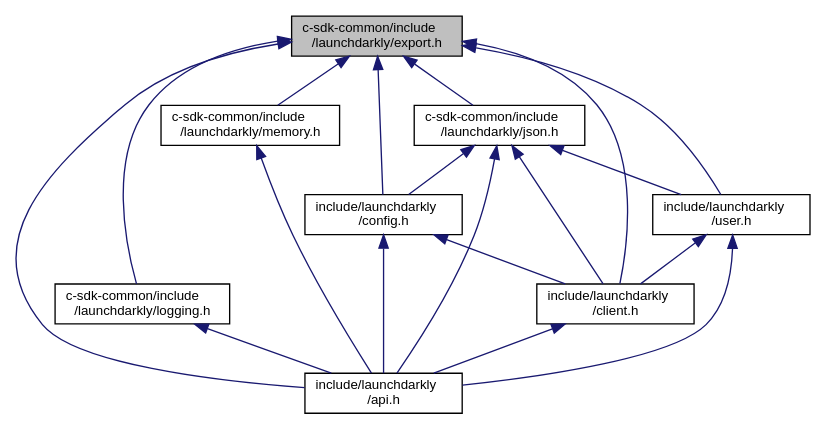
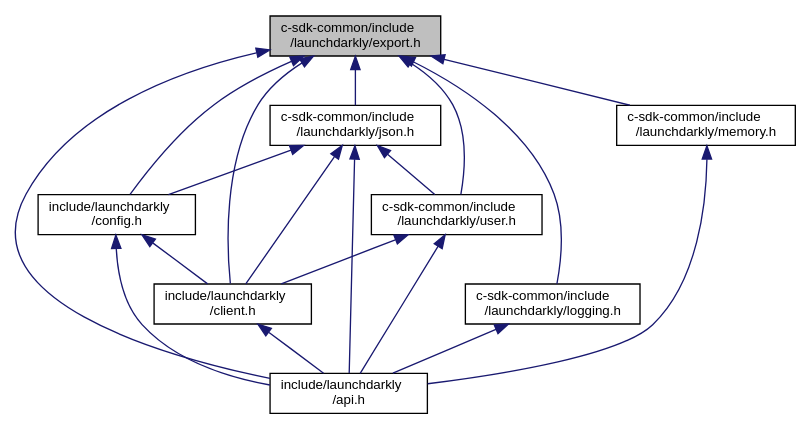
Before and after one commit to launchdarkly/c-client-sdk: the diagram in export_8h__dep__incl.dot, drawn with Graphviz. The commit also changed 59 other files, not shown here.

```diff
--- a/export_8h__dep__incl.dot
+++ b/export_8h__dep__incl.dot
@@ -1,31 +1,31 @@
 digraph "c-sdk-common/include/launchdarkly/export.h"
 {
   edge [fontname="Helvetica",fontsize="10",labelfontname="Helvetica",labelfontsize="10"];
   node [fontname="Helvetica",fontsize="10",shape=record];
   Node1 [label="c-sdk-common/include\l/launchdarkly/export.h",height=0.2,width=0.4,color="black", fillcolor="grey75", style="filled", fontcolor="black"];
   Node1 -> Node2 [dir="back",color="midnightblue",fontsize="10",style="solid",fontname="Helvetica"];
-  Node2 [label="include/launchdarkly\l/api.h",height=0.2,width=0.4,color="black", fillcolor="white", style="filled",URL="$api_8h.html",tooltip="Public API. Include this for every public operation. "];
-  Node1 -> Node3 [dir="back",color="midnightblue",fontsize="10",style="solid",fontname="Helvetica"];
-  Node3 [label="c-sdk-common/include\l/launchdarkly/logging.h",height=0.2,width=0.4,color="black", fillcolor="white", style="filled",URL="$logging_8h.html",tooltip="Public API Interface for Logging. "];
-  Node3 -> Node2 [dir="back",color="midnightblue",fontsize="10",style="solid",fontname="Helvetica"];
-  Node1 -> Node4 [dir="back",color="midnightblue",fontsize="10",style="solid",fontname="Helvetica"];
-  Node4 [label="c-sdk-common/include\l/launchdarkly/memory.h",height=0.2,width=0.4,color="black", fillcolor="white", style="filled",URL="$memory_8h.html",tooltip="Public API. Operations for managing memory. "];
-  Node4 -> Node2 [dir="back",color="midnightblue",fontsize="10",style="solid",fontname="Helvetica"];
+  Node2 [label="include/launchdarkly\l/config.h",height=0.2,width=0.4,color="black", fillcolor="white", style="filled",URL="$config_8h.html",tooltip="Public API Interface for Configuration. "];
+  Node2 -> Node3 [dir="back",color="midnightblue",fontsize="10",style="solid",fontname="Helvetica"];
+  Node3 [label="include/launchdarkly\l/client.h",height=0.2,width=0.4,color="black", fillcolor="white", style="filled",URL="$client_8h.html",tooltip="Public Client control and variations. "];
+  Node3 -> Node4 [dir="back",color="midnightblue",fontsize="10",style="solid",fontname="Helvetica"];
+  Node4 [label="include/launchdarkly\l/api.h",height=0.2,width=0.4,color="black", fillcolor="white", style="filled",URL="$api_8h.html",tooltip="Public API. Include this for every public operation. "];
+  Node2 -> Node4 [dir="back",color="midnightblue",fontsize="10",style="solid",fontname="Helvetica"];
   Node1 -> Node5 [dir="back",color="midnightblue",fontsize="10",style="solid",fontname="Helvetica"];
   Node5 [label="c-sdk-common/include\l/launchdarkly/json.h",height=0.2,width=0.4,color="black", fillcolor="white", style="filled",URL="$json_8h.html",tooltip="Public API Interface for JSON usage. "];
   Node5 -> Node2 [dir="back",color="midnightblue",fontsize="10",style="solid",fontname="Helvetica"];
+  Node5 -> Node3 [dir="back",color="midnightblue",fontsize="10",style="solid",fontname="Helvetica"];
   Node5 -> Node6 [dir="back",color="midnightblue",fontsize="10",style="solid",fontname="Helvetica"];
-  Node6 [label="include/launchdarkly\l/config.h",height=0.2,width=0.4,color="black", fillcolor="white", style="filled",URL="$config_8h.html",tooltip="Public API Interface for Configuration. "];
-  Node6 -> Node2 [dir="back",color="midnightblue",fontsize="10",style="solid",fontname="Helvetica"];
-  Node6 -> Node7 [dir="back",color="midnightblue",fontsize="10",style="solid",fontname="Helvetica"];
-  Node7 [label="include/launchdarkly\l/client.h",height=0.2,width=0.4,color="black", fillcolor="white", style="filled",URL="$client_8h.html",tooltip="Public Client control and variations. "];
-  Node7 -> Node2 [dir="back",color="midnightblue",fontsize="10",style="solid",fontname="Helvetica"];
-  Node5 -> Node8 [dir="back",color="midnightblue",fontsize="10",style="solid",fontname="Helvetica"];
-  Node8 [label="include/launchdarkly\l/user.h",height=0.2,width=0.4,color="black", fillcolor="white", style="filled",URL="$user_8h.html",tooltip="Public API Interface for User construction. "];
-  Node8 -> Node2 [dir="back",color="midnightblue",fontsize="10",style="solid",fontname="Helvetica"];
-  Node8 -> Node7 [dir="back",color="midnightblue",fontsize="10",style="solid",fontname="Helvetica"];
-  Node5 -> Node7 [dir="back",color="midnightblue",fontsize="10",style="solid",fontname="Helvetica"];
+  Node6 [label="c-sdk-common/include\l/launchdarkly/user.h",height=0.2,width=0.4,color="black", fillcolor="white", style="filled",URL="$user_8h.html",tooltip="Public API Interface for User construction. "];
+  Node6 -> Node3 [dir="back",color="midnightblue",fontsize="10",style="solid",fontname="Helvetica"];
+  Node6 -> Node4 [dir="back",color="midnightblue",fontsize="10",style="solid",fontname="Helvetica"];
+  Node5 -> Node4 [dir="back",color="midnightblue",fontsize="10",style="solid",fontname="Helvetica"];
+  Node1 -> Node3 [dir="back",color="midnightblue",fontsize="10",style="solid",fontname="Helvetica"];
   Node1 -> Node6 [dir="back",color="midnightblue",fontsize="10",style="solid",fontname="Helvetica"];
+  Node1 -> Node4 [dir="back",color="midnightblue",fontsize="10",style="solid",fontname="Helvetica"];
+  Node1 -> Node7 [dir="back",color="midnightblue",fontsize="10",style="solid",fontname="Helvetica"];
+  Node7 [label="c-sdk-common/include\l/launchdarkly/logging.h",height=0.2,width=0.4,color="black", fillcolor="white", style="filled",URL="$logging_8h.html",tooltip="Public API Interface for Logging. "];
+  Node7 -> Node4 [dir="back",color="midnightblue",fontsize="10",style="solid",fontname="Helvetica"];
   Node1 -> Node8 [dir="back",color="midnightblue",fontsize="10",style="solid",fontname="Helvetica"];
-  Node1 -> Node7 [dir="back",color="midnightblue",fontsize="10",style="solid",fontname="Helvetica"];
+  Node8 [label="c-sdk-common/include\l/launchdarkly/memory.h",height=0.2,width=0.4,color="black", fillcolor="white", style="filled",URL="$memory_8h.html",tooltip="Public API. Operations for managing memory. "];
+  Node8 -> Node4 [dir="back",color="midnightblue",fontsize="10",style="solid",fontname="Helvetica"];
 }
```
